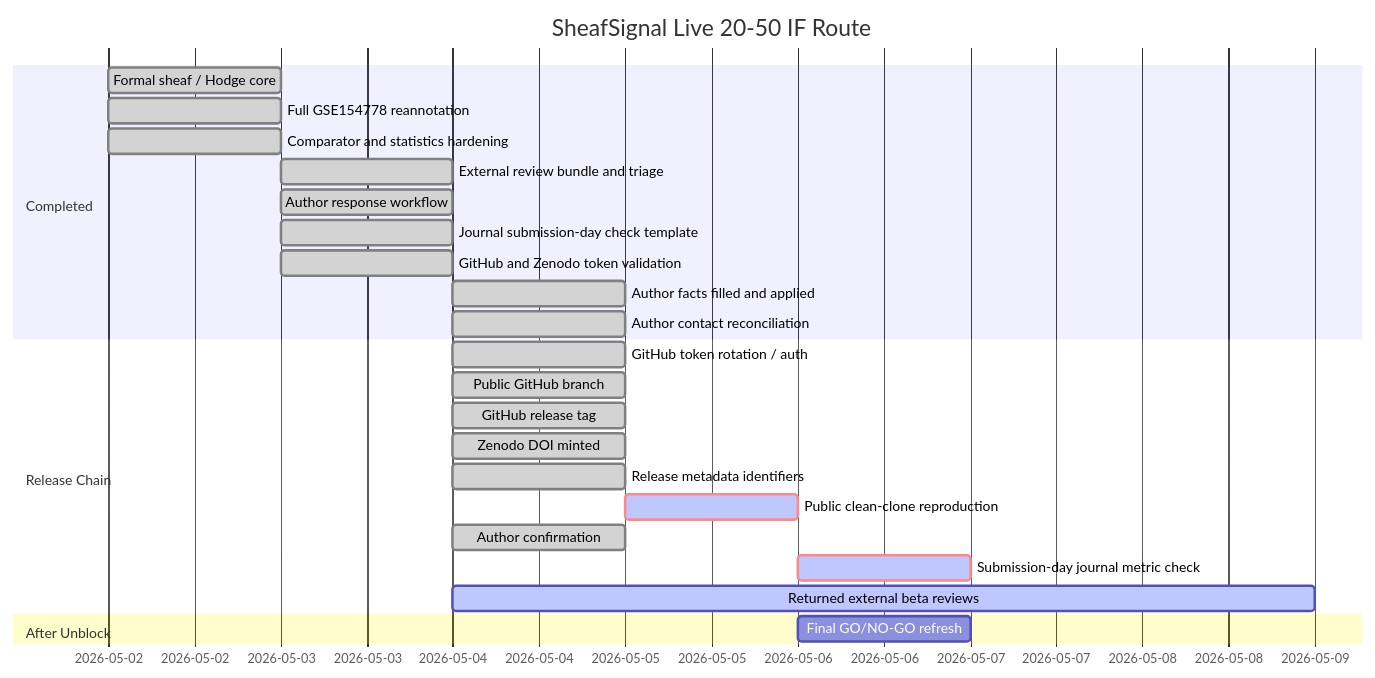
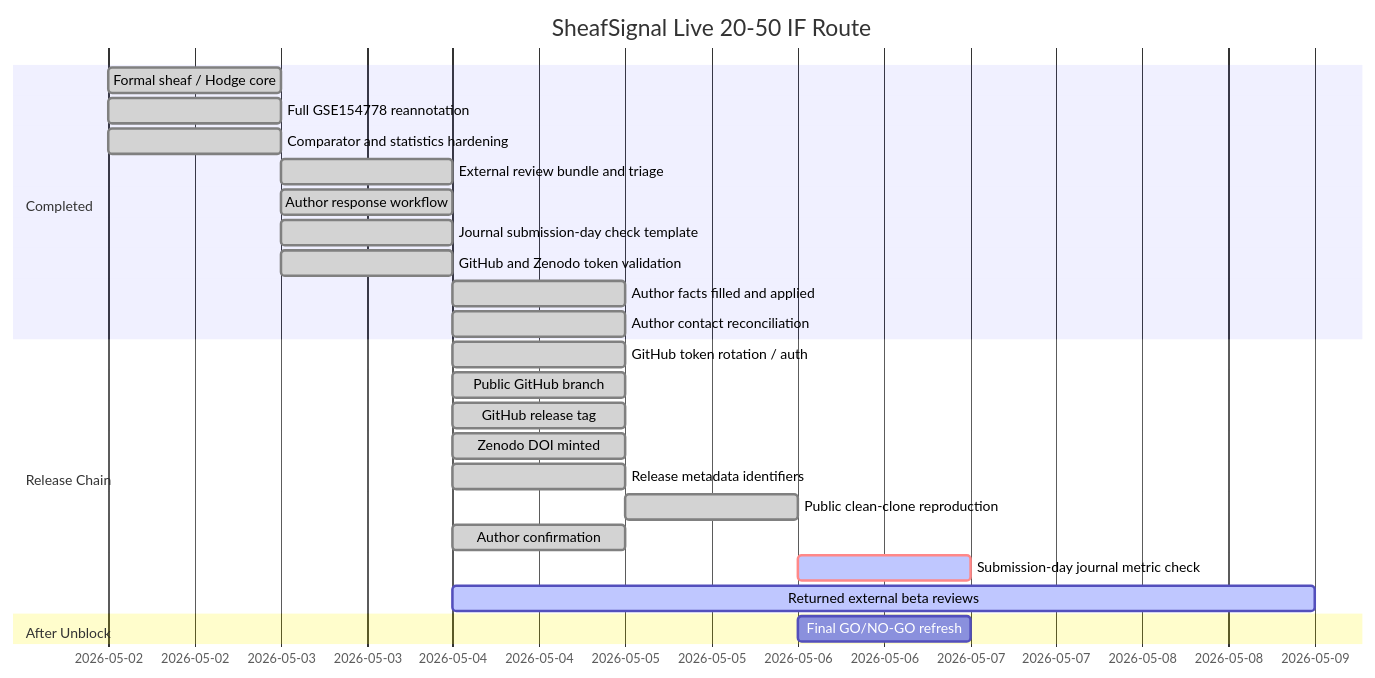
One commit to healthgreat/SheafSignal changed the diagram in manuscript/SHEAFSIGNAL_LIVE_GANTT_STATUS.md. Above: the diagram before and after it, drawn with Mermaid. The commit also changed other lines of this file and 14 other files, not shown here.

Commit message:
Record public clean-clone release evidence

````diff
--- a/manuscript/SHEAFSIGNAL_LIVE_GANTT_STATUS.md
+++ b/manuscript/SHEAFSIGNAL_LIVE_GANTT_STATUS.md
@@ -12,30 +12,30 @@
 ```mermaid
 gantt
     title SheafSignal Live 20-50 IF Route
     dateFormat  YYYY-MM-DD
 
     section Completed
     Formal sheaf / Hodge core                 :done, 2026-05-02, 1d
     Full GSE154778 reannotation               :done, 2026-05-02, 1d
     Comparator and statistics hardening       :done, 2026-05-02, 1d
     External review bundle and triage         :done, 2026-05-03, 1d
     Author response workflow                  :done, 2026-05-03, 1d
     Journal submission-day check template     :done, 2026-05-03, 1d
     GitHub and Zenodo token validation        :done, 2026-05-03, 1d
     Author facts filled and applied           :done, 2026-05-04, 1d
     Author contact reconciliation             :done, 2026-05-04, 1d
 
     section Release Chain
     GitHub token rotation / auth               :done, 2026-05-04, 1d
     Public GitHub branch                       :done, 2026-05-04, 1d
     GitHub release tag                         :done, 2026-05-04, 1d
     Zenodo DOI minted                          :done, 2026-05-04, 1d
     Release metadata identifiers               :done, 2026-05-04, 1d
-    Public clean-clone reproduction            :crit, active, 2026-05-05, 1d
+    Public clean-clone reproduction            :done, 2026-05-05, 1d
     Author confirmation                        :done, 2026-05-04, 1d
     Submission-day journal metric check       :crit, active, 2026-05-06, 1d
     Returned external beta reviews            :active, 2026-05-04, 5d
 
     section After Unblock
     Final GO/NO-GO refresh                    :2026-05-06, 1d
 ```
````
